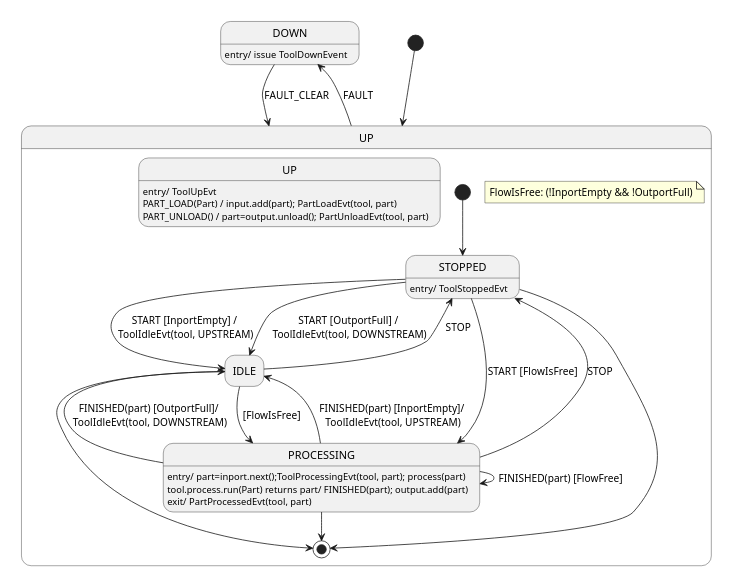
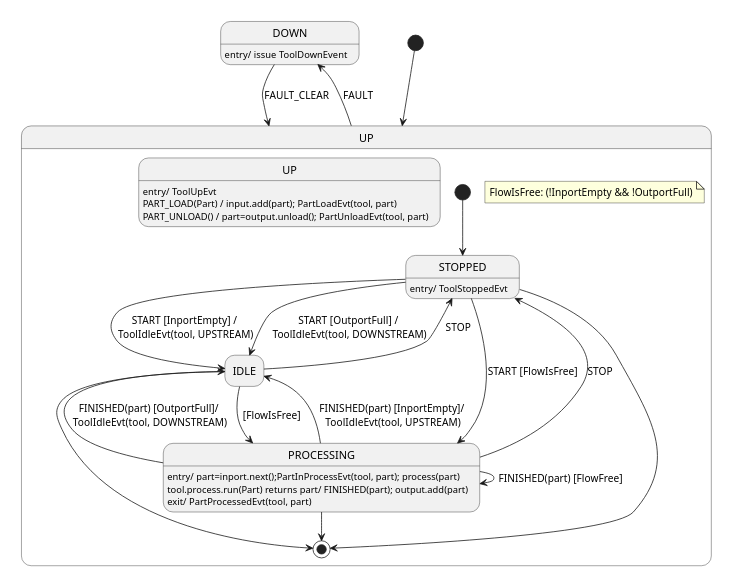
The diagram in doc/domain/tool-2.state.puml (onouv/mes-tool-mock-srv), drawn with PlantUML before and after one commit. The commit also changed 29 other files, not shown here.

```diff
--- a/doc/domain/tool-2.state.puml
+++ b/doc/domain/tool-2.state.puml
@@ -1,46 +1,48 @@
 @startuml
 'https://plantuml.com/state-diagram
 
 scale 350 width
 
 hide empty description
 state DOWN : entry/ issue ToolDownEvent
 
 [*] --> UP
 UP --> DOWN: FAULT
 DOWN --> UP: FAULT_CLEAR
 state UP {
     state UP: entry/ ToolUpEvt
     state UP: PART_LOAD(Part) / input.add(part); PartLoadEvt(tool, part)
     state UP: PART_UNLOAD() / part=output.unload(); PartUnloadEvt(tool, part)
     state STOPPED: entry/ ToolStoppedEvt
     state IDLE
-    state PROCESSING: entry/ part=inport.next();ToolProcessingEvt(tool, part); process(part)
+    state PROCESSING
+    state PROCESSING: entry/ part=inport.next();PartInProcessEvt(tool, part); process(part)
     state PROCESSING: tool.process.run(Part) returns part/ FINISHED(part); output.add(part)
 
     state PROCESSING: exit/ PartProcessedEvt(tool, part)
 
     [*] --> STOPPED
     STOPPED --> IDLE: START [InportEmpty] / \nToolIdleEvt(tool, UPSTREAM)
     STOPPED --> IDLE: START [OutportFull] / \nToolIdleEvt(tool, DOWNSTREAM)
 
     STOPPED --> PROCESSING: START [FlowIsFree]
     PROCESSING --> PROCESSING: FINISHED(part) [FlowFree]
     PROCESSING --> IDLE: FINISHED(part) [InportEmpty]/ \nToolIdleEvt(tool, UPSTREAM)
     PROCESSING --> IDLE: FINISHED(part) [OutportFull]/ \nToolIdleEvt(tool, DOWNSTREAM)
     IDLE --> PROCESSING: [FlowIsFree]
 
 
+
     IDLE --> STOPPED: STOP
     PROCESSING --> STOPPED: STOP
 
     STOPPED --> [*]
     IDLE --> [*]
     PROCESSING --> [*]
 
     note as T
         FlowIsFree: (!InportEmpty && !OutportFull)
     end note
 
 }
 @enduml
```
